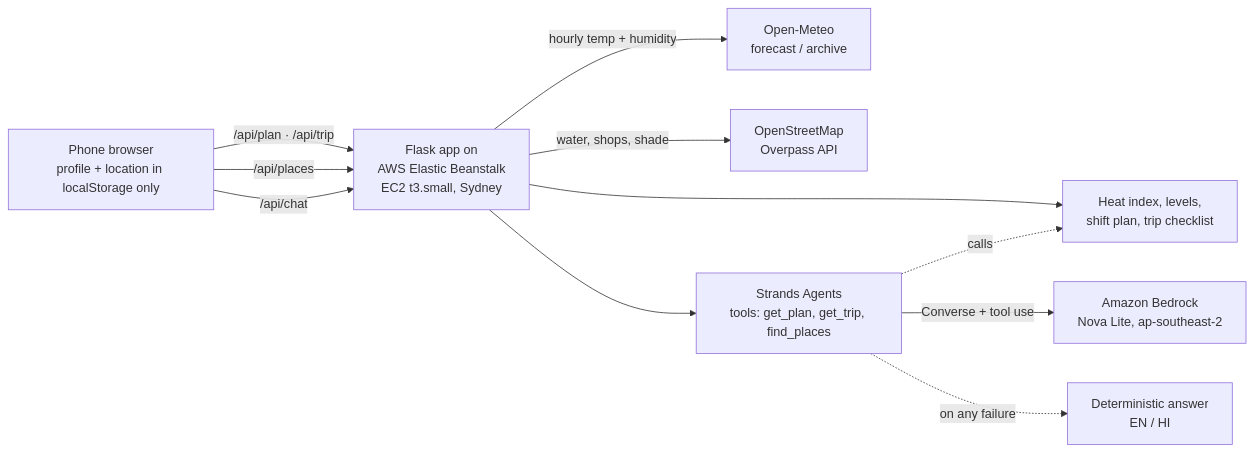
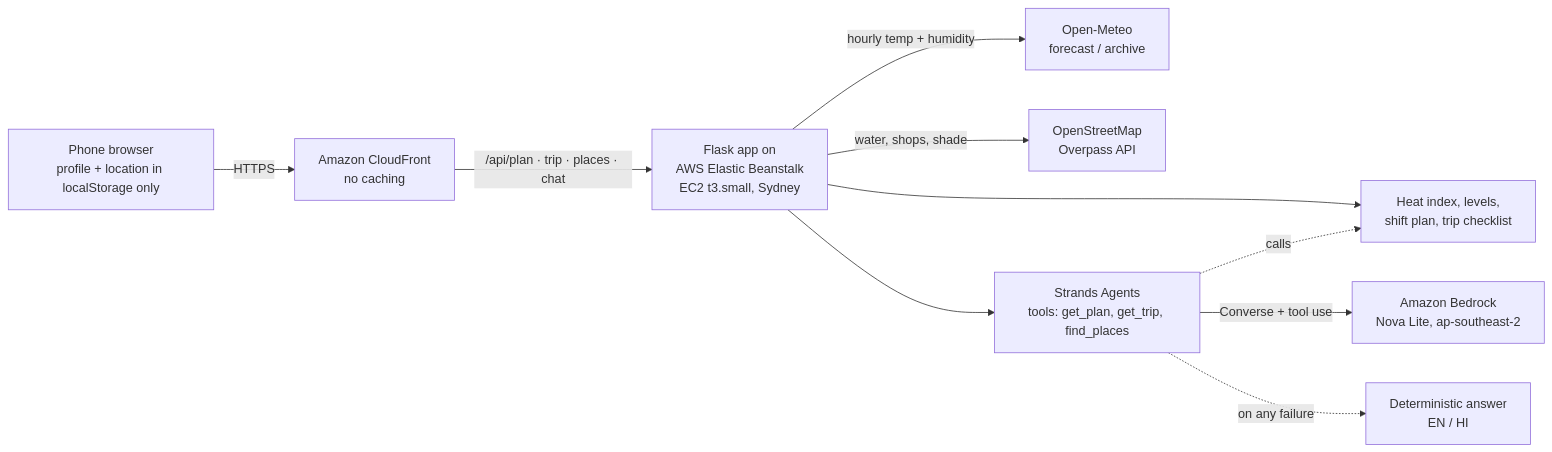
The diagram in README.md (vidhisingh24/heatshift), drawn with Mermaid before and after one commit. The commit also changed other lines of this file and 3 other files, not shown here.

Commit message:
Serve HeatShift over HTTPS via CloudFront; keep the Beanstalk URL as fallback in docs

````diff
--- a/README.md
+++ b/README.md
@@ -38,13 +38,12 @@
 ```mermaid
 flowchart LR
-  U[Phone browser<br/>profile + location in localStorage only] -->|/api/plan · /api/trip| EB[Flask app on<br/>AWS Elastic Beanstalk<br/>EC2 t3.small, Sydney]
-  U -->|/api/places| EB
-  U -->|/api/chat| EB
+  U[Phone browser<br/>profile + location in localStorage only] -->|HTTPS| CF[Amazon CloudFront<br/>no caching]
+  CF -->|/api/plan · trip · places · chat| EB[Flask app on<br/>AWS Elastic Beanstalk<br/>EC2 t3.small, Sydney]
   EB -->|hourly temp + humidity| OM[Open-Meteo<br/>forecast / archive]
   EB -->|water, shops, shade| OSM[OpenStreetMap<br/>Overpass API]
   EB --> CORE[Heat index, levels,<br/>shift plan, trip checklist]
   EB --> AG[Strands Agents<br/>tools: get_plan, get_trip, find_places]
   AG -->|Converse + tool use| BR[Amazon Bedrock<br/>Nova Lite, ap-southeast-2]
   AG -.->|calls| CORE
   AG -.->|on any failure| TP[Deterministic answer<br/>EN / HI]
 ```
````
